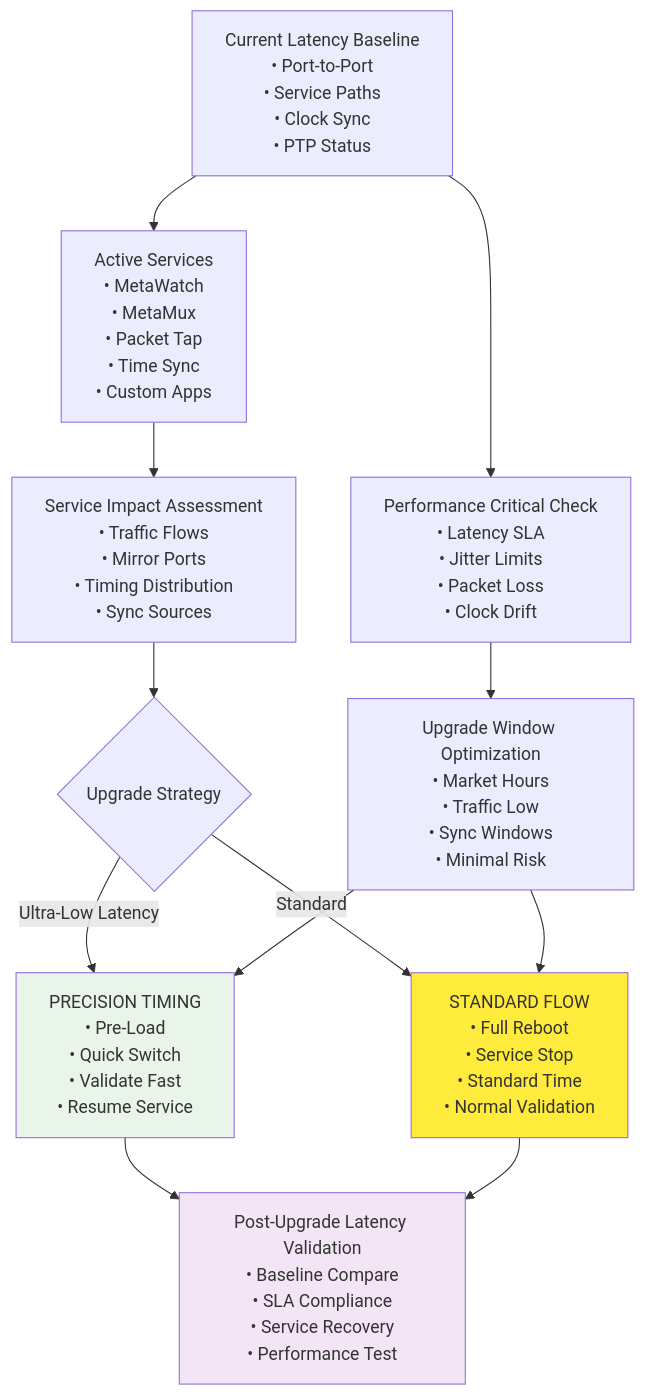
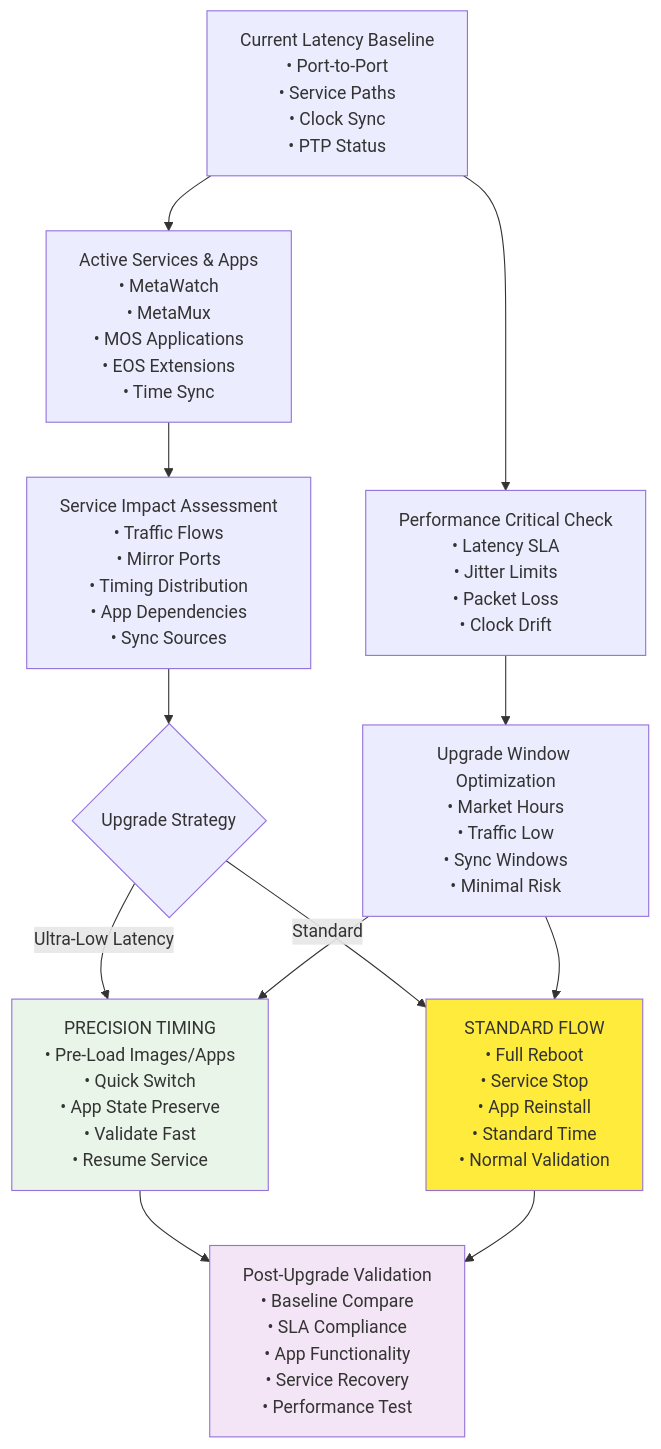
Before and after one commit to garryshtern/network-device-upgrade-system: the sixth of 9 diagrams in docs/PLATFORM_IMPLEMENTATION_GUIDE.md, drawn with Mermaid. The commit also changed other lines of this file and 127 other files, not shown here.

````diff
--- a/docs/PLATFORM_IMPLEMENTATION_GUIDE.md
+++ b/docs/PLATFORM_IMPLEMENTATION_GUIDE.md
@@ -177,24 +177,24 @@
 ```mermaid
 graph TD
-    A[Current Latency Baseline<br/>• Port-to-Port<br/>• Service Paths<br/>• Clock Sync<br/>• PTP Status] --> B[Active Services<br/>• MetaWatch<br/>• MetaMux<br/>• Packet Tap<br/>• Time Sync<br/>• Custom Apps]
+    A[Current Latency Baseline<br/>• Port-to-Port<br/>• Service Paths<br/>• Clock Sync<br/>• PTP Status] --> B[Active Services & Apps<br/>• MetaWatch<br/>• MetaMux<br/>• MOS Applications<br/>• EOS Extensions<br/>• Time Sync]
     
     A --> C[Performance Critical Check<br/>• Latency SLA<br/>• Jitter Limits<br/>• Packet Loss<br/>• Clock Drift]
     
-    B --> D[Service Impact Assessment<br/>• Traffic Flows<br/>• Mirror Ports<br/>• Timing Distribution<br/>• Sync Sources]
+    B --> D[Service Impact Assessment<br/>• Traffic Flows<br/>• Mirror Ports<br/>• Timing Distribution<br/>• App Dependencies<br/>• Sync Sources]
     
     C --> E[Upgrade Window Optimization<br/>• Market Hours<br/>• Traffic Low<br/>• Sync Windows<br/>• Minimal Risk]
     
     D --> F{Upgrade Strategy}
-    F -->|Ultra-Low Latency| G[PRECISION TIMING<br/>• Pre-Load<br/>• Quick Switch<br/>• Validate Fast<br/>• Resume Service]
-    F -->|Standard| H[STANDARD FLOW<br/>• Full Reboot<br/>• Service Stop<br/>• Standard Time<br/>• Normal Validation]
+    F -->|Ultra-Low Latency| G[PRECISION TIMING<br/>• Pre-Load Images/Apps<br/>• Quick Switch<br/>• App State Preserve<br/>• Validate Fast<br/>• Resume Service]
+    F -->|Standard| H[STANDARD FLOW<br/>• Full Reboot<br/>• Service Stop<br/>• App Reinstall<br/>• Standard Time<br/>• Normal Validation]
     
     E --> G
     E --> H
     
-    G --> I[Post-Upgrade Latency Validation<br/>• Baseline Compare<br/>• SLA Compliance<br/>• Service Recovery<br/>• Performance Test]
+    G --> I[Post-Upgrade Validation<br/>• Baseline Compare<br/>• SLA Compliance<br/>• App Functionality<br/>• Service Recovery<br/>• Performance Test]
     H --> I
     
     style G fill:#e8f5e8
     style H fill:#ffeb3b
     style I fill:#f3e5f5
 ```
````
